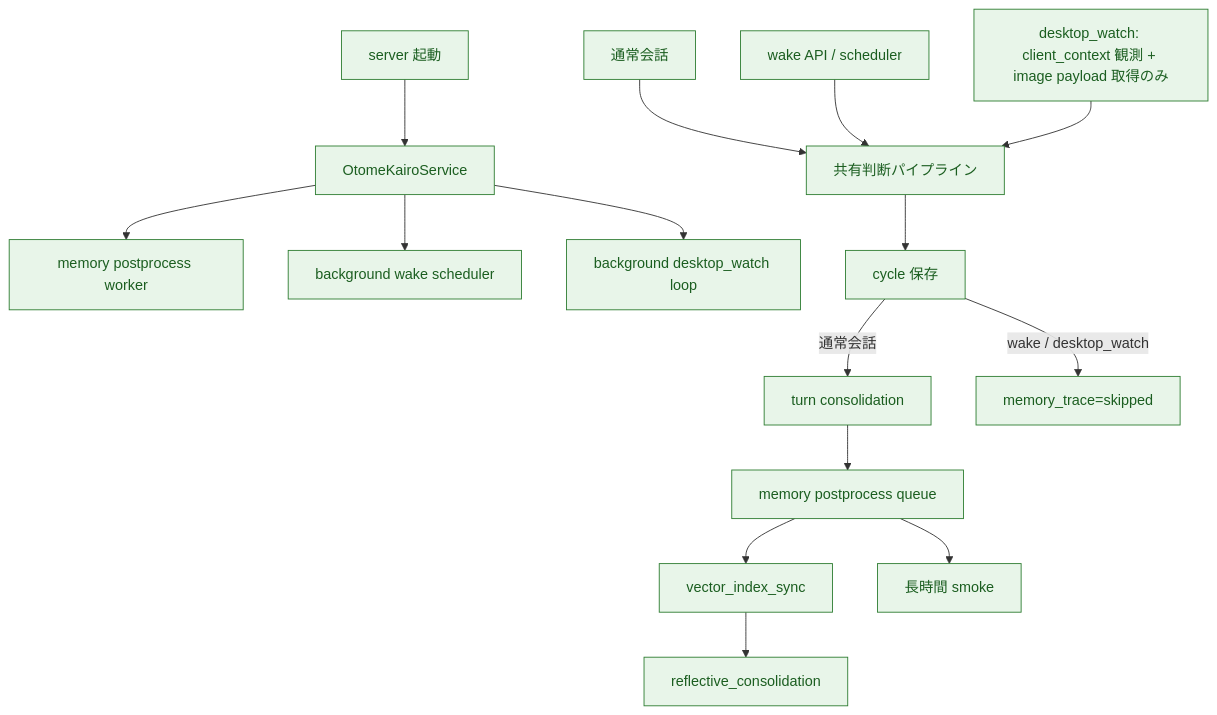
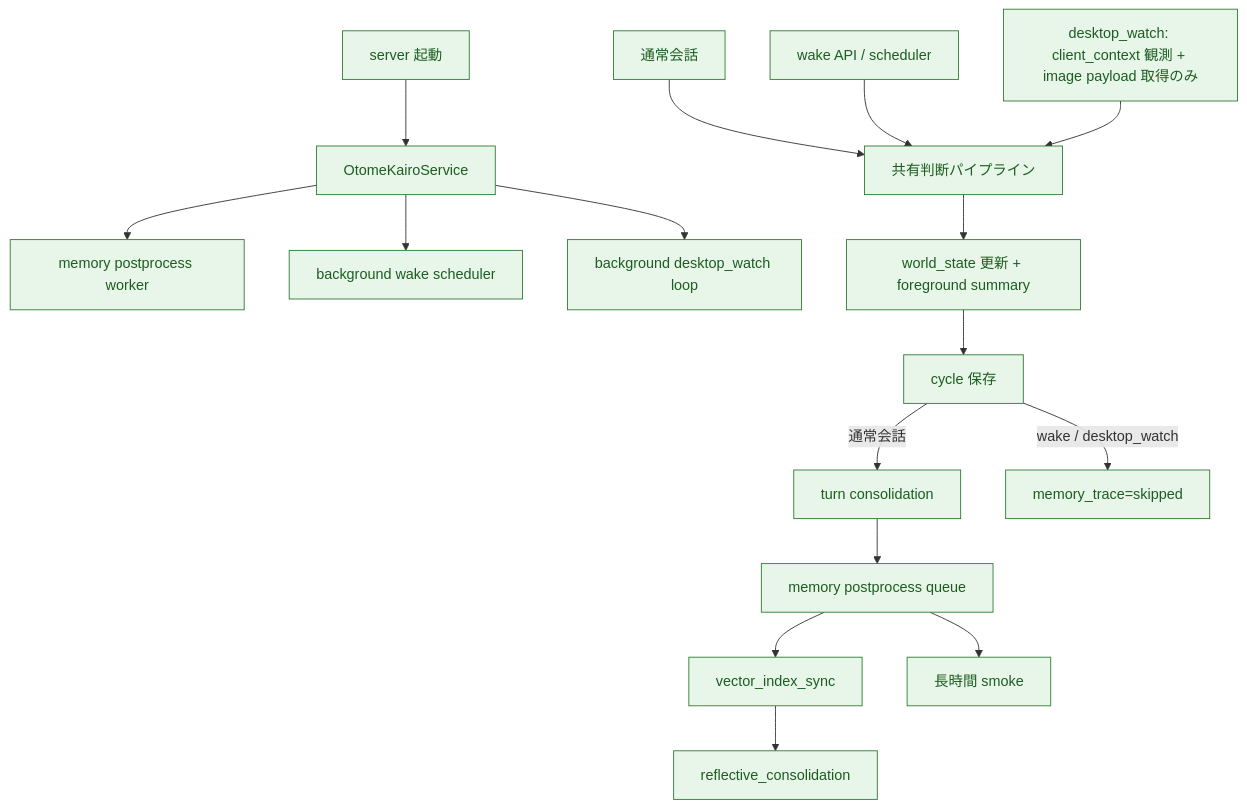
The third of 4 diagrams in docs/plan/02_現行処理フロー.md (hirona98/OtomeKairo), drawn with Mermaid before and after one commit. The commit also changed other lines of this file and 11 other files, not shown here.

````diff
--- a/docs/plan/02_現行処理フロー.md
+++ b/docs/plan/02_現行処理フロー.md
@@ -132,23 +133,24 @@
 ```mermaid
 flowchart TD
     Start["server 起動"] --> Service["OtomeKairoService"]
     Service --> Worker["memory postprocess worker"]
     Service --> WakeLoop["background wake scheduler"]
     Service --> WatchLoop["background desktop_watch loop"]
 
     User["通常会話"] --> Shared["共有判断パイプライン"]
     Wake["wake API / scheduler"] --> Shared
     WatchCtx["desktop_watch: client_context 観測 + image payload 取得のみ"] --> Shared
-    Shared --> Persist["cycle 保存"]
+    Shared --> WorldStateNow["world_state 更新 + foreground summary"]
+    WorldStateNow --> Persist["cycle 保存"]
     Persist -->|通常会話| Turn["turn consolidation"]
     Persist -->|wake / desktop_watch| Skip["memory_trace=skipped"]
     Turn --> Queue["memory postprocess queue"]
     Queue --> Vec["vector_index_sync"]
     Vec --> Reflect["reflective_consolidation"]
     Queue --> Smoke["長時間 smoke"]
 
     classDef done fill:#e8f5e9,stroke:#2e7d32,color:#1b5e20;
 
-    class Start,Service,Worker,WakeLoop,WatchLoop,User,Wake,WatchCtx,Shared,Persist,Turn,Skip,Queue,Vec,Reflect done;
+    class Start,Service,Worker,WakeLoop,WatchLoop,User,Wake,WatchCtx,Shared,WorldStateNow,Persist,Turn,Skip,Queue,Vec,Reflect done;
     class Smoke done;
 ```
````
